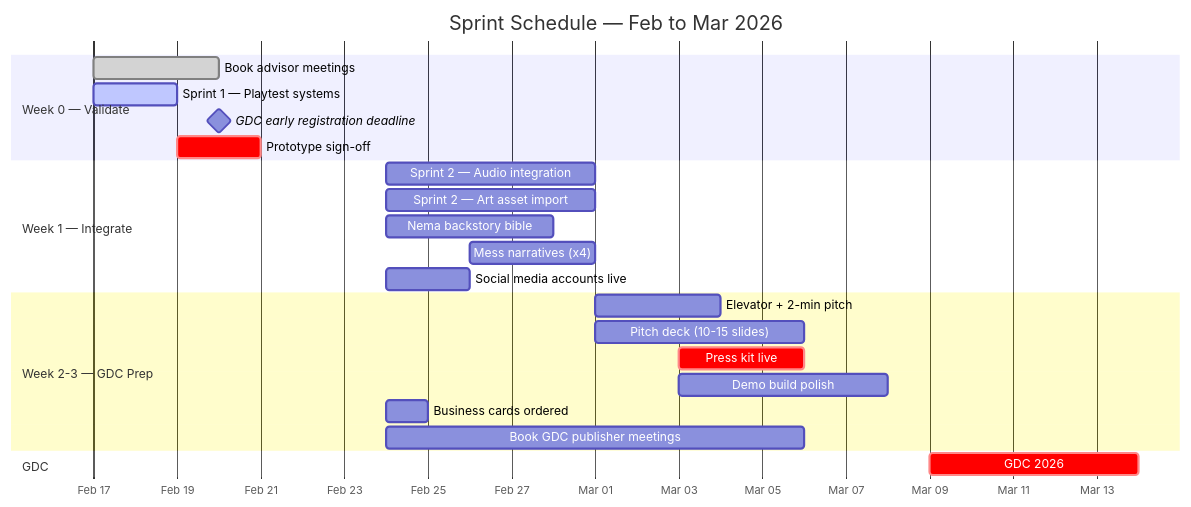
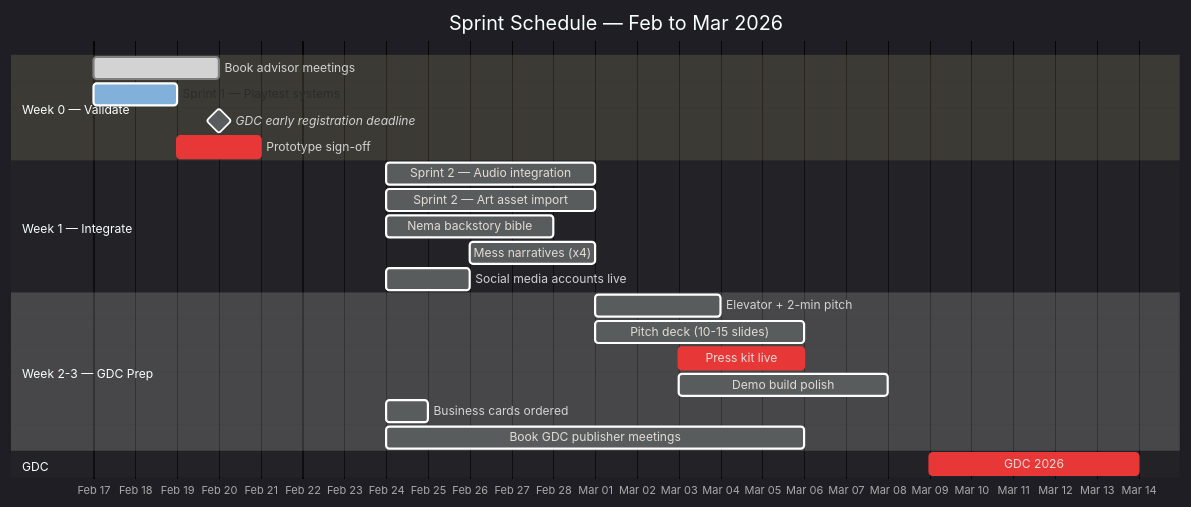
The fourth of 13 diagrams in PRODUCTION_RUNWAY.md (MartyChouette/iris_v3.0), drawn with Mermaid before and after one commit. The commit also changed 1 other file, not shown here.

Commit message:
fix: sprint gantt width — tickInterval 1day, useMaxWidth false, 1400px min-width in HTML

````diff
--- a/PRODUCTION_RUNWAY.md
+++ b/PRODUCTION_RUNWAY.md
@@ -140,35 +140,32 @@
 ```mermaid
----
-config:
-    gantt:
-        useMaxWidth: false
----
+%%{init: {'theme': 'dark', 'gantt': {'useMaxWidth': false}} }%%
 gantt
     title Sprint Schedule — Feb to Mar 2026
     dateFormat YYYY-MM-DD
     axisFormat %b %d
+    tickInterval 1day
 
     section Week 0 — Validate
     Book advisor meetings           :done, appt, 2026-02-17, 3d
     Sprint 1 — Playtest systems     :active, s1, 2026-02-17, 2d
     GDC early registration deadline :milestone, gdc_reg, 2026-02-20, 0d
     Prototype sign-off              :crit, signoff, 2026-02-19, 2d
 
     section Week 1 — Integrate
     Sprint 2 — Audio integration    :s2a, 2026-02-24, 5d
     Sprint 2 — Art asset import     :s2b, 2026-02-24, 5d
     Nema backstory bible            :nema, 2026-02-24, 4d
     Mess narratives (x4)            :mess, 2026-02-26, 3d
     Social media accounts live      :social, 2026-02-24, 2d
 
     section Week 2-3 — GDC Prep
     Elevator + 2-min pitch          :pitch, 2026-03-01, 3d
     Pitch deck (10-15 slides)       :deck, 2026-03-01, 5d
     Press kit live                  :crit, press, 2026-03-03, 3d
     Demo build polish               :demo, 2026-03-03, 5d
     Business cards ordered          :cards, 2026-02-24, 1d
     Book GDC publisher meetings     :meetings, 2026-02-24, 10d
 
     section GDC
     GDC 2026                        :crit, gdc, 2026-03-09, 5d
 ```
````
